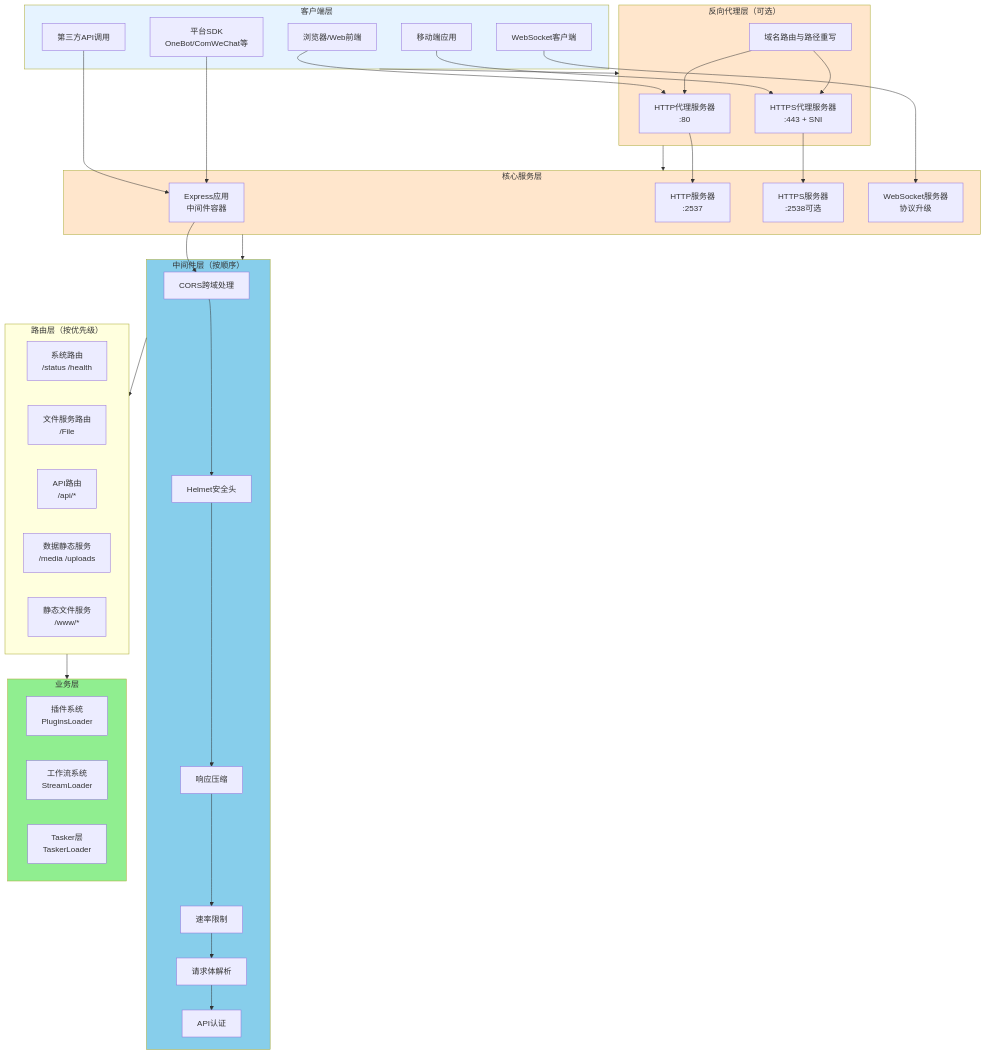
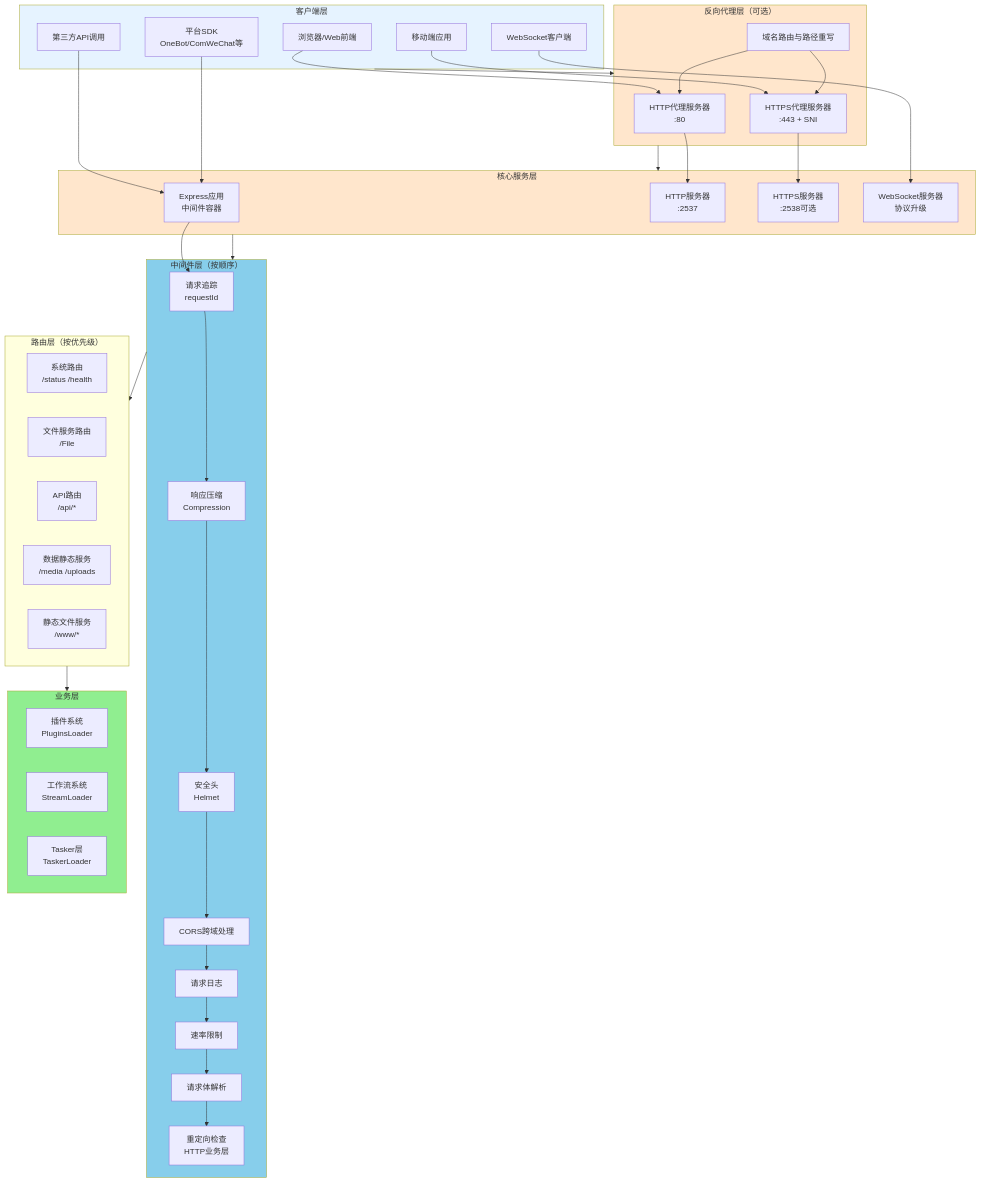
The first of 13 diagrams in docs/server.md (sunflowermm/XRK-AGT), drawn with Mermaid before and after one commit. The commit also changed other lines of this file and 5 other files, not shown here.

```diff
--- a/docs/server.md
+++ b/docs/server.md
@@ -56,12 +56,14 @@
     end
     
     subgraph Middleware["中间件层（按顺序）"]
+        Track["请求追踪<br/>requestId"]
+        Compression["响应压缩<br/>Compression"]
+        Helmet["安全头<br/>Helmet"]
         CORS["CORS跨域处理"]
-        Helmet["Helmet安全头"]
-        Compression["响应压缩"]
+        Logging["请求日志"]
         RateLimit["速率限制"]
         BodyParser["请求体解析"]
-        Auth["API认证"]
+        Redirect["重定向检查<br/>HTTP业务层"]
     end
     
     Browser --> HTTPProxy
@@ -75,12 +77,14 @@
     DomainRoute --> HTTPProxy
     DomainRoute --> HTTPSProxy
     
-    Express --> CORS
-    CORS --> Helmet
-    Helmet --> Compression
-    Compression --> RateLimit
+    Express --> Track
+    Track --> Compression
+    Compression --> Helmet
+    Helmet --> CORS
+    CORS --> Logging
+    Logging --> RateLimit
     RateLimit --> BodyParser
-    BodyParser --> Auth
+    BodyParser --> Redirect
     
     style Clients fill:#E6F3FF
     style Proxy fill:#FFE6CC
```
